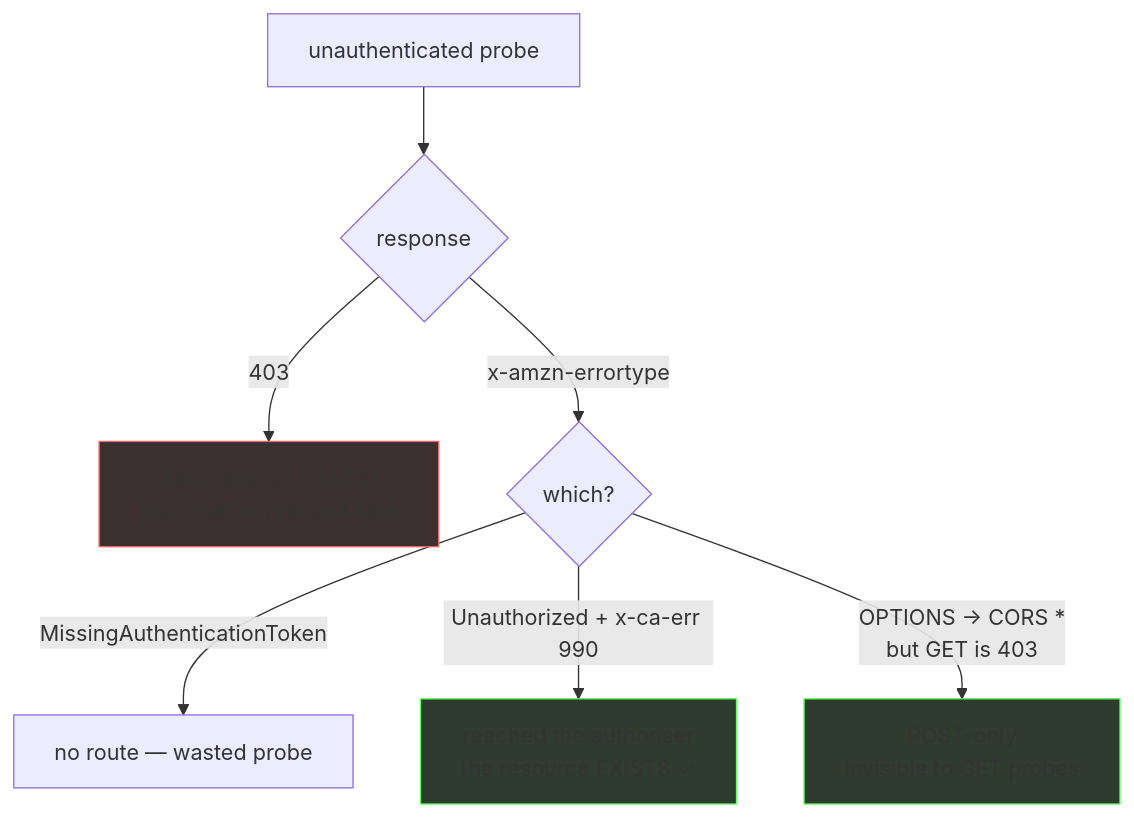
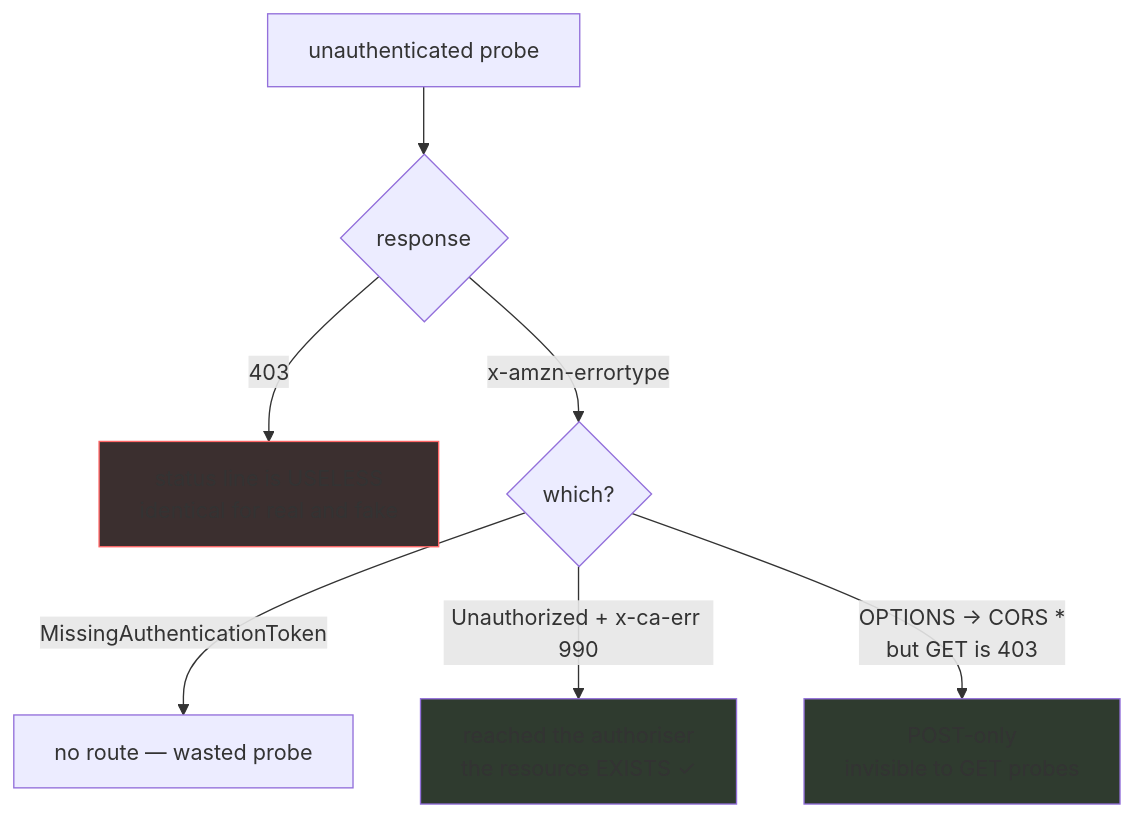
Before and after one commit to NovaLux12/carelink-api-research: the second of 4 diagrams in README.md, drawn with Mermaid. The commit also changed other lines of this file and 1 other file, not shown here.

````diff
--- a/README.md
+++ b/README.md
@@ -60,12 +101,12 @@
 ```mermaid
 flowchart TD
     P["unauthenticated probe"] --> Q{response}
     Q -->|"403"| X["status line is USELESS<br/>identical for real and fake"]
     Q -->|"x-amzn-errortype"| T{which?}
     T -->|"MissingAuthenticationToken"| N["no route — wasted probe"]
     T -->|"Unauthorized + x-ca-err 990"| L["reached the authoriser<br/>the resource EXISTS ✓"]
     T -->|"OPTIONS → CORS *<br/>but GET is 403"| Q2["POST-only<br/>invisible to GET probes"]
     style X fill:#3b2f2f,stroke:#f66
-    style L fill:#2f3b2f,stroke:#6f6
-    style Q2 fill:#2f3b2f,stroke:#6f6
+    style L fill:#2f3b2f,stroke:#6f
+    style Q2 fill:#2f3b2f,stroke:#6f
 ```
````
